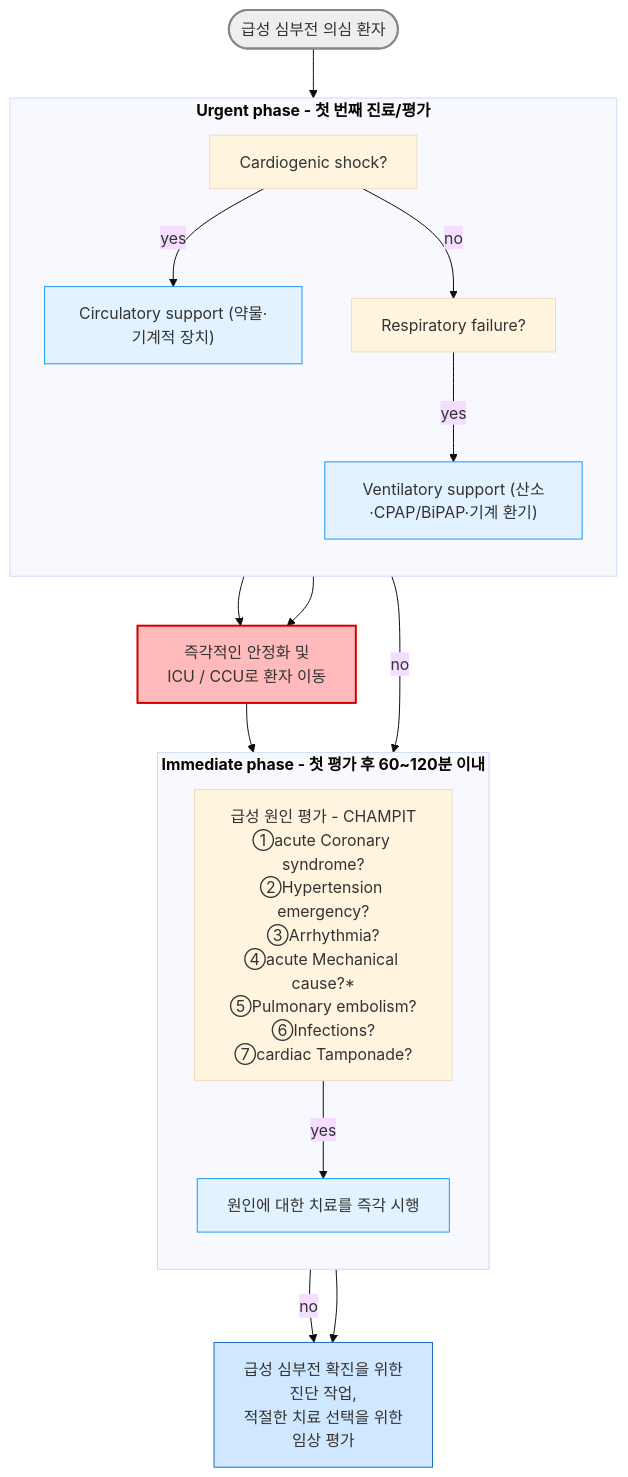
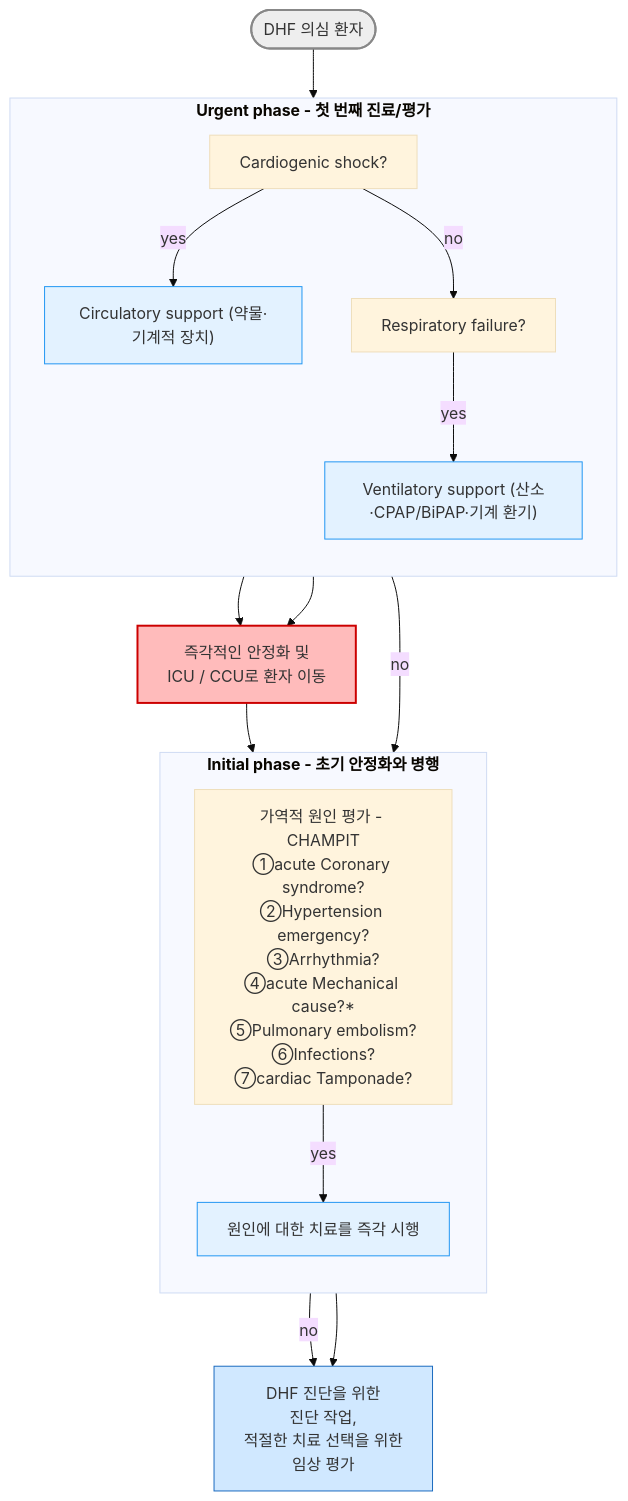
One commit to familyoh77/familyoh77 changed the third of 3 diagrams in 225_/098_-heart-failure.md. Above: the diagram before and after it, drawn with Mermaid (base theme). The commit also changed other lines of this file, not shown here.

````diff
--- a/225_/098_-heart-failure.md
+++ b/225_/098_-heart-failure.md
@@ -200,42 +196,42 @@
 ```mermaid
 flowchart TD
-    START(["급성 심부전 의심 환자"])
+    START(["DHF 의심 환자"])
     style START fill:#eeeeee,stroke:#888888,stroke-width:2px
 
     subgraph URGENT["<b>Urgent phase - 첫 번째 진료/평가"]
         direction TB
         Q1["Cardiogenic shock?"]
         Q2["Respiratory failure?"]
         Q1S["Circulatory support (약물·기계적 장치)"]
         Q2S["Ventilatory support (산소·CPAP/BiPAP·기계 환기)"]
         classDef sky fill:#e3f2ff,stroke:#2196f3
         class Q1S,Q2S sky
 
     end
 
     ICU["즉각적인 안정화 및\nICU / CCU로 환자 이동"]
     style ICU fill:#fbb,stroke:#c00,stroke-width:2px
 
-    subgraph IMMEDIATE["<b>Immediate phase - 첫 평가 후 60~120분 이내"]
+    subgraph IMMEDIATE["<b>Initial phase - 초기 안정화와 병행"]
         direction TB
-        CAUSE["급성 원인 평가 - CHAMPIT\n①acute Coronary syndrome?\n②Hypertension emergency?\n③Arrhythmia?\n④acute Mechanical cause?*\n⑤Pulmonary embolism?\n⑥Infections?\n⑦cardiac Tamponade?"]
+        CAUSE["가역적 원인 평가 - CHAMPIT\n①acute Coronary syndrome?\n②Hypertension emergency?\n③Arrhythmia?\n④acute Mechanical cause?*\n⑤Pulmonary embolism?\n⑥Infections?\n⑦cardiac Tamponade?"]
         TREAT["원인에 대한 치료를 즉각 시행"]
         style TREAT fill:#e3f2ff,stroke:#2196f3
     end
 
-    WORKUP["급성 심부전 확진을 위한\n진단 작업,\n적절한 치료 선택을 위한\n임상 평가"]
+    WORKUP["DHF 진단을 위한\n진단 작업,\n적절한 치료 선택을 위한\n임상 평가"]
     style WORKUP fill:#d0e8ff,stroke:#1a6abf
 
     START --> Q1
     Q1 -->|yes| Q1S
     Q1 -->|no| Q2
     Q2 -->|yes| Q2S
     Q1S --> ICU
     Q2S --> ICU
     Q2 -->|no| IMMEDIATE
     ICU --> IMMEDIATE
     CAUSE -->|yes| TREAT
     CAUSE -->|no| WORKUP
     TREAT --> WORKUP
 
 ```
````
